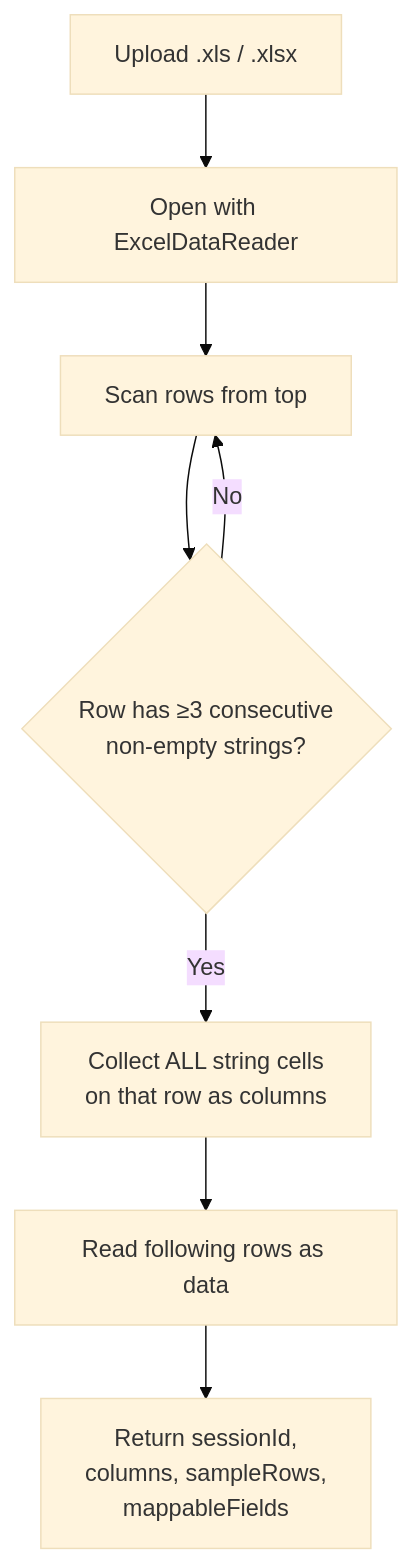
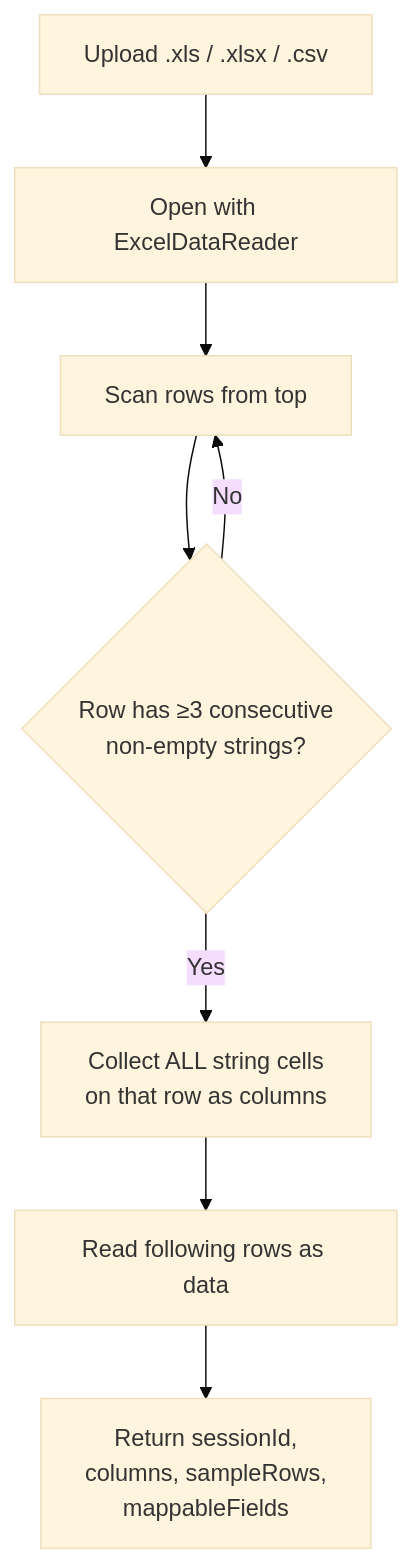
Before and after one commit to NotThaDev/KeepItSimple: the third of 6 diagrams in backend/KeepItSimple.Api/TransactionImportFlow.md, drawn with Mermaid (base theme). The commit also changed other lines of this file and 11 other files, not shown here.

Commit message:
Enhance transaction import functionality to support CSV files. Updated documentation and code to reflect support for .csv format alongside .xls and .xlsx. Added new transaction categories and improved error handling for file uploads. Updated tests to cover CSV parsing and added sample CSV data.

````diff
--- a/backend/KeepItSimple.Api/TransactionImportFlow.md
+++ b/backend/KeepItSimple.Api/TransactionImportFlow.md
@@ -64,10 +64,10 @@
 ```mermaid
 flowchart TD
-  U[Upload .xls / .xlsx] --> R[Open with ExcelDataReader]
+  U[Upload .xls / .xlsx / .csv] --> R[Open with ExcelDataReader]
   R --> S[Scan rows from top]
   S --> H{Row has ≥3 consecutive<br/>non-empty strings?}
   H -->|No| S
   H -->|Yes| C[Collect ALL string cells<br/>on that row as columns]
   C --> D[Read following rows as data]
   D --> OUT[Return sessionId,<br/>columns, sampleRows,<br/>mappableFields]
 ```
````
